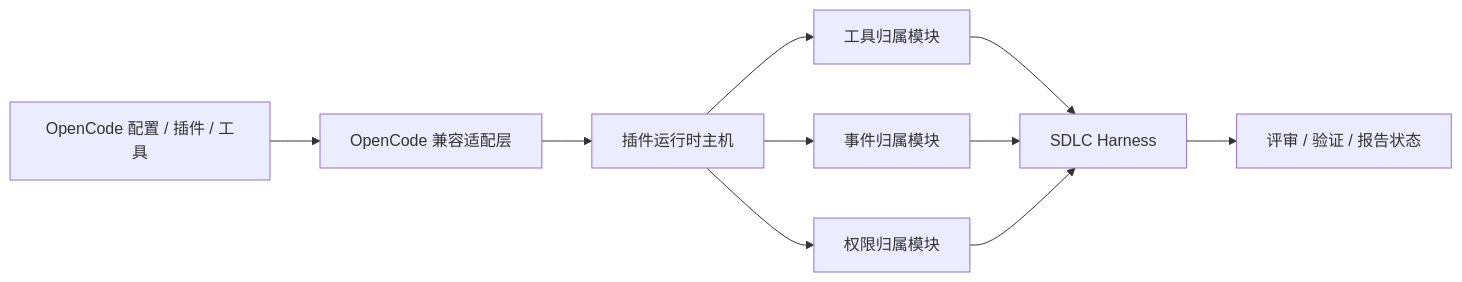
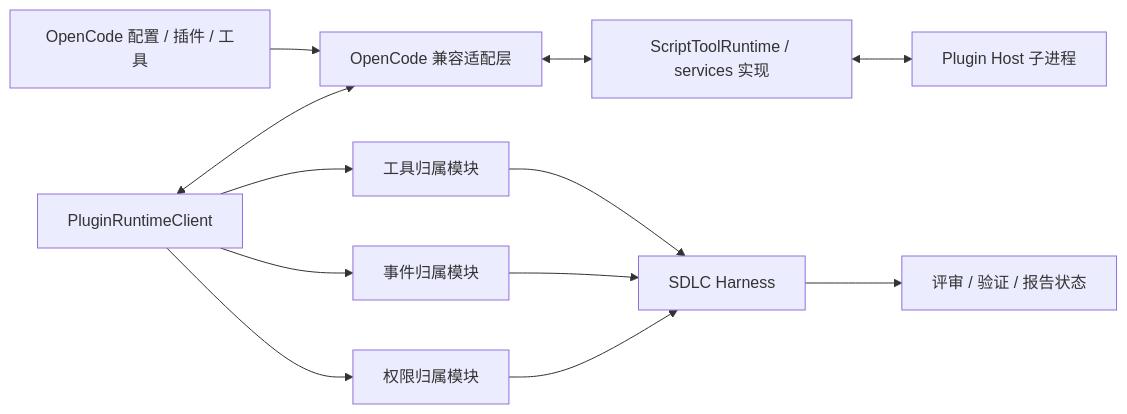
Before and after one commit to 1688mengdie/BitFun: the diagram in docs/sdlc-harness/features/opencode-compatibility.md, drawn with Mermaid. The commit also changed other lines of this file and 61 other files, not shown here.

````diff
--- a/docs/sdlc-harness/features/opencode-compatibility.md
+++ b/docs/sdlc-harness/features/opencode-compatibility.md
@@ -53,12 +53,14 @@
 ```mermaid
 flowchart LR
   OC["OpenCode 配置 / 插件 / 工具"] --> Adapter["OpenCode 兼容适配层"]
-  Adapter --> Host["插件运行时主机"]
-  Host --> Tools["工具归属模块"]
-  Host --> Events["事件归属模块"]
-  Host --> Permission["权限归属模块"]
+  Client["PluginRuntimeClient"] <--> Adapter
+  Adapter <--> Runtime["ScriptToolRuntime / services 实现"]
+  Runtime <--> PluginHost["Plugin Host 子进程"]
+  Client --> Tools["工具归属模块"]
+  Client --> Events["事件归属模块"]
+  Client --> Permission["权限归属模块"]
   Tools --> Harness["SDLC Harness"]
   Events --> Harness
   Permission --> Harness
   Harness --> Record["评审 / 验证 / 报告状态"]
 ```
````
